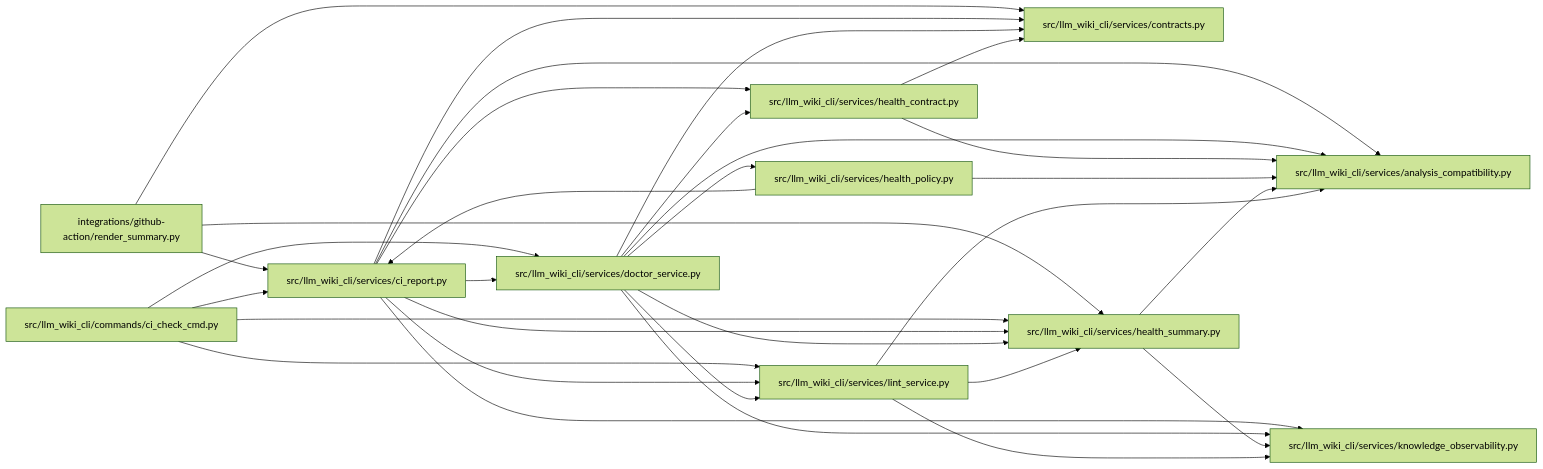
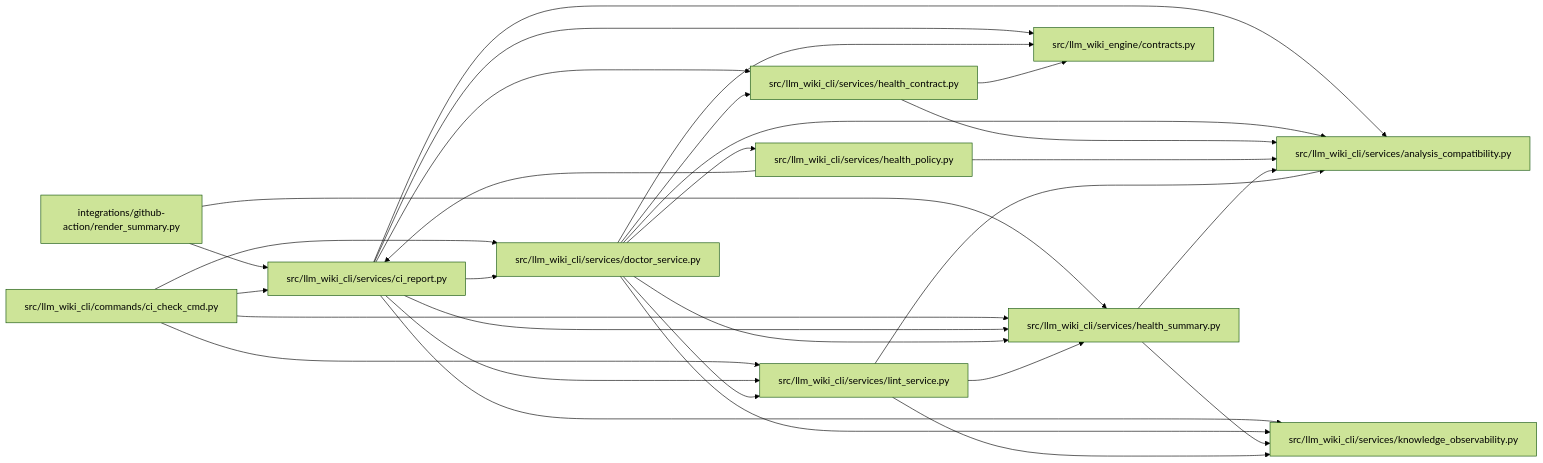
The diagram in docs/llm_wiki/modules/ci_report.md (Denissvgn/python-wiki-llm), drawn with Mermaid (forest theme) before and after one commit. The commit also changed other lines of this file and 1103 other files, not shown here.

First line of the commit message:
docs: refresh the wiki for the llm-wiki-engine distribution

````diff
--- a/docs/llm_wiki/modules/ci_report.md
+++ b/docs/llm_wiki/modules/ci_report.md
@@ -44,55 +44,54 @@
 ```mermaid
 flowchart LR
     n0["integrations/github-action/render_summary.py"]
     n1["src/llm_wiki_cli/commands/ci_check_cmd.py"]
     n2["src/llm_wiki_cli/services/analysis_compatibility.py"]
     n3["src/llm_wiki_cli/services/ci_report.py"]
-    n4["src/llm_wiki_cli/services/contracts.py"]
-    n5["src/llm_wiki_cli/services/doctor_service.py"]
-    n6["src/llm_wiki_cli/services/health_contract.py"]
-    n7["src/llm_wiki_cli/services/health_policy.py"]
-    n8["src/llm_wiki_cli/services/health_summary.py"]
-    n9["src/llm_wiki_cli/services/knowledge_observability.py"]
-    n10["src/llm_wiki_cli/services/lint_service.py"]
+    n4["src/llm_wiki_cli/services/doctor_service.py"]
+    n5["src/llm_wiki_cli/services/health_contract.py"]
+    n6["src/llm_wiki_cli/services/health_policy.py"]
+    n7["src/llm_wiki_cli/services/health_summary.py"]
+    n8["src/llm_wiki_cli/services/knowledge_observability.py"]
+    n9["src/llm_wiki_cli/services/lint_service.py"]
+    n10["src/llm_wiki_engine/contracts.py"]
     n0 --> n3
-    n0 --> n4
-    n0 --> n8
+    n0 --> n7
     n1 --> n3
-    n1 --> n5
-    n1 --> n8
-    n1 --> n10
+    n1 --> n4
+    n1 --> n7
+    n1 --> n9
     n3 --> n2
     n3 --> n4
     n3 --> n5
-    n3 --> n6
+    n3 --> n7
     n3 --> n8
     n3 --> n9
     n3 --> n10
+    n4 --> n2
+    n4 --> n5
+    n4 --> n6
+    n4 --> n7
+    n4 --> n8
+    n4 --> n9
+    n4 --> n10
     n5 --> n2
-    n5 --> n4
-    n5 --> n6
-    n5 --> n7
-    n5 --> n8
-    n5 --> n9
     n5 --> n10
     n6 --> n2
-    n6 --> n4
+    n6 --> n3
     n7 --> n2
-    n7 --> n3
-    n8 --> n2
-    n8 --> n9
-    n10 --> n2
-    n10 --> n8
-    n10 --> n9
+    n7 --> n8
+    n9 --> n2
+    n9 --> n7
+    n9 --> n8
     click n0 "../modules/render_summary.md"
     click n1 "../modules/ci_check_cmd.md"
     click n2 "../modules/analysis_compatibility.md"
     click n3 "../modules/ci_report.md"
-    click n4 "../modules/services_contracts.md"
-    click n5 "../modules/doctor_service.md"
-    click n6 "../modules/health_contract.md"
-    click n7 "../modules/health_policy.md"
-    click n8 "../modules/health_summary.md"
-    click n9 "../modules/knowledge_observability.md"
-    click n10 "../modules/lint_service.md"
+    click n4 "../modules/doctor_service.md"
+    click n5 "../modules/health_contract.md"
+    click n6 "../modules/health_policy.md"
+    click n7 "../modules/health_summary.md"
+    click n8 "../modules/knowledge_observability.md"
+    click n9 "../modules/lint_service.md"
+    click n10 "../modules/llm_wiki_engine_contracts.md"
 ```
````
